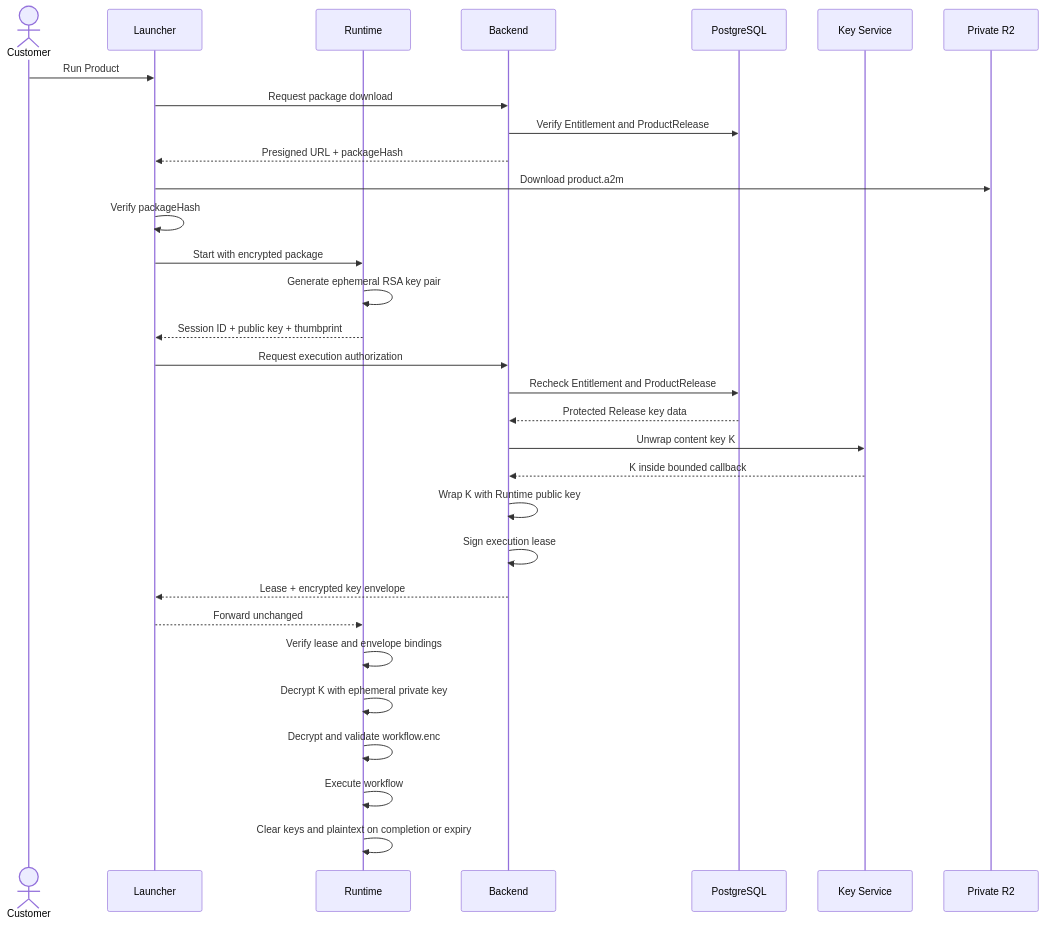
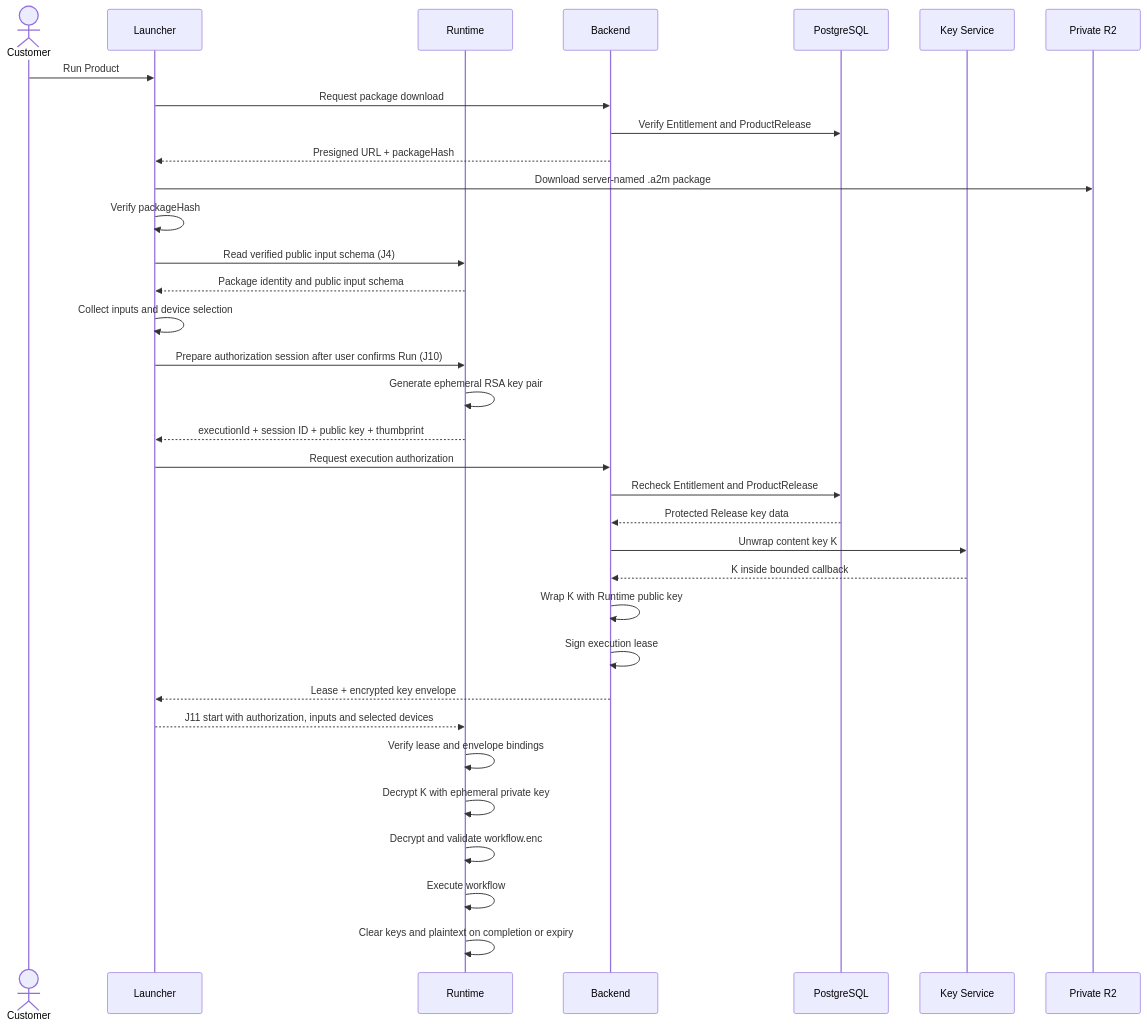
The first of 2 diagrams in specifications/production_execution_authorization_v1.md (A2MaTex/a2matex-docs), drawn with Mermaid before and after one commit. The commit also changed other lines of this file and 13 other files, not shown here.

Commit message:
add J1 contract to unified launcher and runtime ửokflow

````diff
--- a/specifications/production_execution_authorization_v1.md
+++ b/specifications/production_execution_authorization_v1.md
@@ -23,37 +30,40 @@
 ```mermaid
 sequenceDiagram
     actor Customer
     participant Launcher
     participant Runtime
     participant Backend
     participant DB as PostgreSQL
     participant KS as Key Service
     participant R2 as Private R2
 
     Customer->>Launcher: Run Product
     Launcher->>Backend: Request package download
     Backend->>DB: Verify Entitlement and ProductRelease
     Backend-->>Launcher: Presigned URL + packageHash
-    Launcher->>R2: Download product.a2m
+    Launcher->>R2: Download server-named .a2m package
     Launcher->>Launcher: Verify packageHash
 
-    Launcher->>Runtime: Start with encrypted package
+    Launcher->>Runtime: Read verified public input schema (J4)
+    Runtime-->>Launcher: Package identity and public input schema
+    Launcher->>Launcher: Collect inputs and device selection
+    Launcher->>Runtime: Prepare authorization session after user confirms Run (J10)
     Runtime->>Runtime: Generate ephemeral RSA key pair
-    Runtime-->>Launcher: Session ID + public key + thumbprint
+    Runtime-->>Launcher: executionId + session ID + public key + thumbprint
     Launcher->>Backend: Request execution authorization
 
     Backend->>DB: Recheck Entitlement and ProductRelease
     DB-->>Backend: Protected Release key data
     Backend->>KS: Unwrap content key K
     KS-->>Backend: K inside bounded callback
     Backend->>Backend: Wrap K with Runtime public key
     Backend->>Backend: Sign execution lease
     Backend-->>Launcher: Lease + encrypted key envelope
-    Launcher-->>Runtime: Forward unchanged
+    Launcher-->>Runtime: J11 start with authorization, inputs and selected devices
 
     Runtime->>Runtime: Verify lease and envelope bindings
     Runtime->>Runtime: Decrypt K with ephemeral private key
     Runtime->>Runtime: Decrypt and validate workflow.enc
     Runtime->>Runtime: Execute workflow
     Runtime->>Runtime: Clear keys and plaintext on completion or expiry
 ```
````
